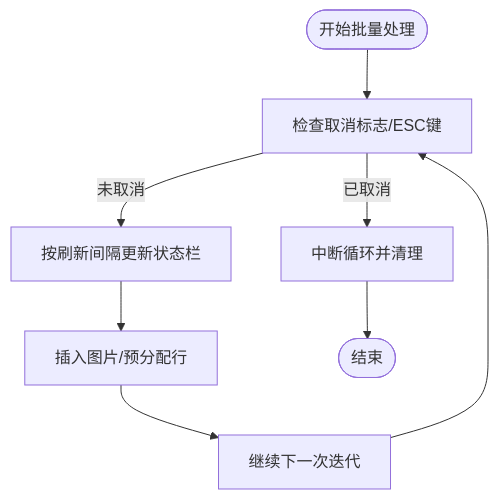
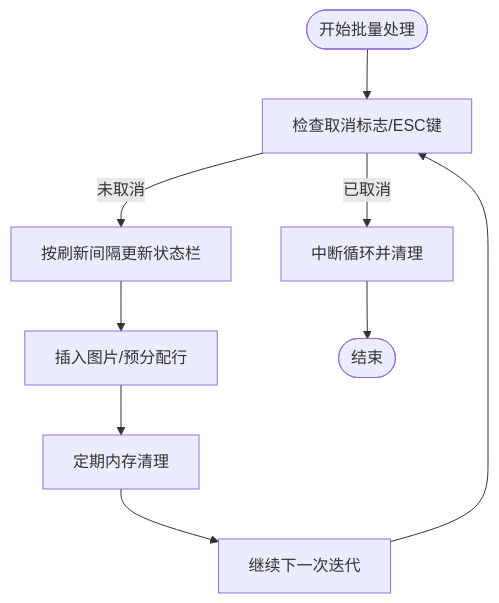
The fourth of 6 diagrams in .qoder/repowiki/zh/content/服务层/进度服务.md (rainiva/WordTools), drawn with Mermaid before and after one commit. The commit also changed other lines of this file and 12 other files, not shown here.

````diff
--- a/.qoder/repowiki/zh/content/服务层/进度服务.md
+++ b/.qoder/repowiki/zh/content/服务层/进度服务.md
@@ -213,10 +227,11 @@
 ```mermaid
 flowchart TD
 Start(["开始批量处理"]) --> CheckCancel["检查取消标志/ESC键"]
 CheckCancel --> |已取消| Abort["中断循环并清理"]
 CheckCancel --> |未取消| UpdateProgress["按刷新间隔更新状态栏"]
 UpdateProgress --> InsertImage["插入图片/预分配行"]
-InsertImage --> NextIter["继续下一次迭代"]
+InsertImage --> MemoryCleanup["定期内存清理"]
+MemoryCleanup --> NextIter["继续下一次迭代"]
 NextIter --> CheckCancel
 Abort --> End(["结束"])
 ```
````
